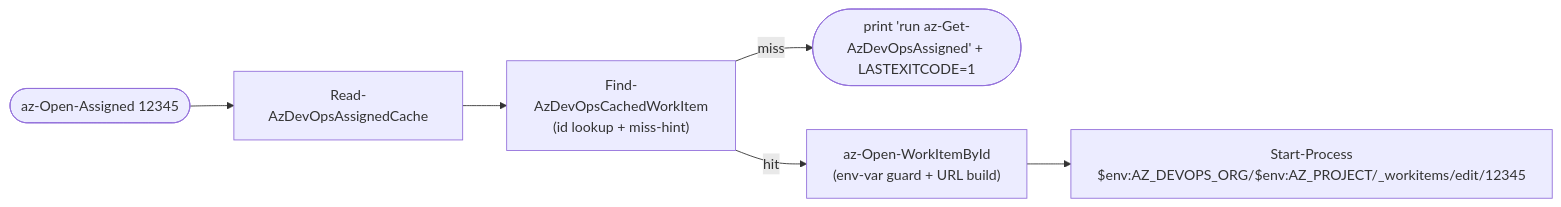
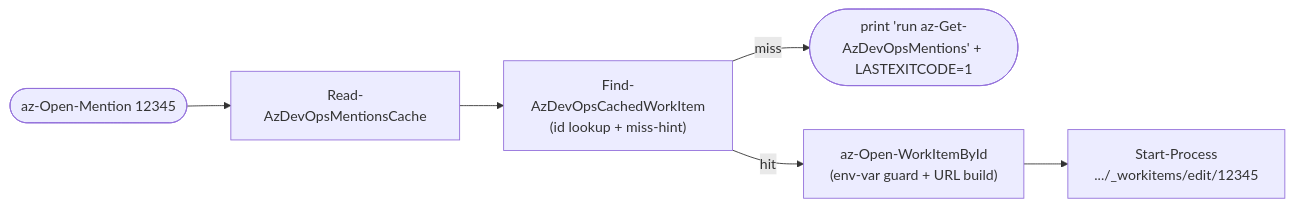
One commit to jdschleicher/bashcuts changed the seventh of 14 diagrams in docs/azure-devops-diagrams.md. Above: the diagram before and after it, drawn with Mermaid. The commit also changed other lines of this file and 4 other files, not shown here.

First line of the commit message:
Add az-Show-Assigned; make az-Open-Assigned open the "Assigned to me" web view

````diff
--- a/docs/azure-devops-diagrams.md
+++ b/docs/azure-devops-diagrams.md
@@ -334,8 +344,8 @@
 ```mermaid
 flowchart LR
-    A([az-Open-Assigned 12345]) --> RC[Read-AzDevOpsAssignedCache]
+    A([az-Open-Mention 12345]) --> RC[Read-AzDevOpsMentionsCache]
     RC --> Find["Find-AzDevOpsCachedWorkItem<br/>(id lookup + miss-hint)"]
-    Find -- miss --> Hint([print 'run az-Get-AzDevOpsAssigned' + LASTEXITCODE=1])
+    Find -- miss --> Hint([print 'run az-Get-AzDevOpsMentions' + LASTEXITCODE=1])
     Find -- hit --> Open["az-Open-WorkItemById<br/>(env-var guard + URL build)"]
-    Open --> SP["Start-Process<br/>$env:AZ_DEVOPS_ORG/$env:AZ_PROJECT/_workitems/edit/12345"]
+    Open --> SP["Start-Process<br/>.../_workitems/edit/12345"]
 ```
````
